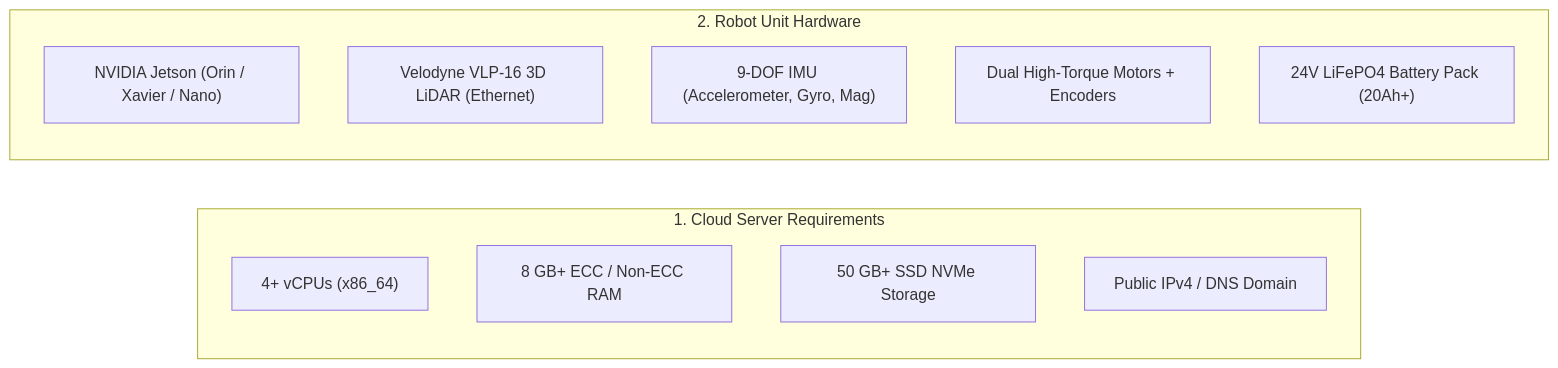
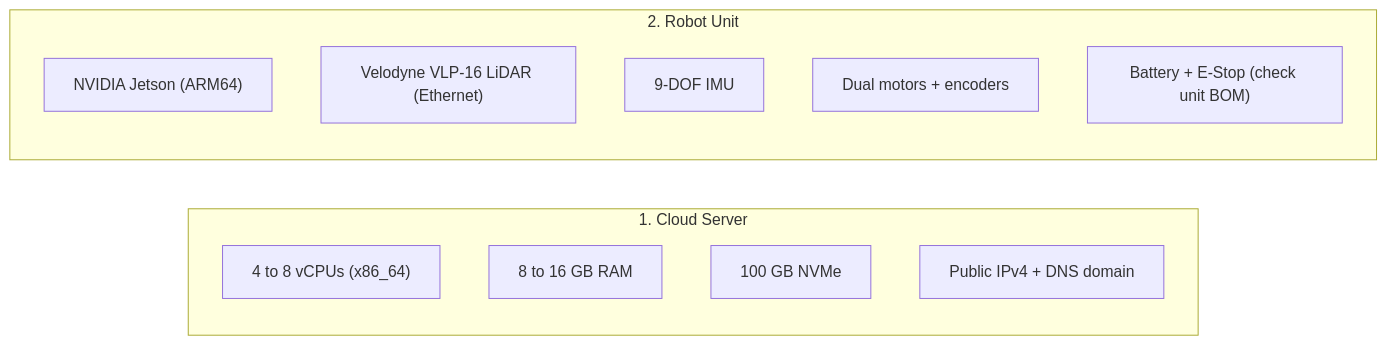
One commit to itbdelaboprogramming/msd700_documentation changed the first of 2 diagrams in docs/setup/prerequisites.md. Above: the diagram before and after it, drawn with Mermaid. The commit also changed other lines of this file and 110 other files, not shown here.

````diff
--- a/docs/setup/prerequisites.md
+++ b/docs/setup/prerequisites.md
@@ -13,17 +13,17 @@
 ```mermaid
 flowchart LR
-  subgraph ServerSpecs["1. Cloud Server Requirements"]
-    S_CPU["4+ vCPUs (x86_64)"]
-    S_RAM["8 GB+ ECC / Non-ECC RAM"]
-    S_DISK["50 GB+ SSD NVMe Storage"]
-    S_NET["Public IPv4 / DNS Domain"]
+  subgraph ServerSpecs["1. Cloud Server"]
+    S_CPU["4 to 8 vCPUs (x86_64)"]
+    S_RAM["8 to 16 GB RAM"]
+    S_DISK["100 GB NVMe"]
+    S_NET["Public IPv4 + DNS domain"]
   end
 
-  subgraph UnitSpecs["2. Robot Unit Hardware"]
-    U_SBC["NVIDIA Jetson (Orin / Xavier / Nano)"]
-    U_LIDAR["Velodyne VLP-16 3D LiDAR (Ethernet)"]
-    U_IMU["9-DOF IMU (Accelerometer, Gyro, Mag)"]
-    U_MOTOR["Dual High-Torque Motors + Encoders"]
-    U_BAT["24V LiFePO4 Battery Pack (20Ah+)"]
+  subgraph UnitSpecs["2. Robot Unit"]
+    U_SBC["NVIDIA Jetson (ARM64)"]
+    U_LIDAR["Velodyne VLP-16 LiDAR (Ethernet)"]
+    U_IMU["9-DOF IMU"]
+    U_MOTOR["Dual motors + encoders"]
+    U_BAT["Battery + E-Stop (check unit BOM)"]
   end
 ```
````
